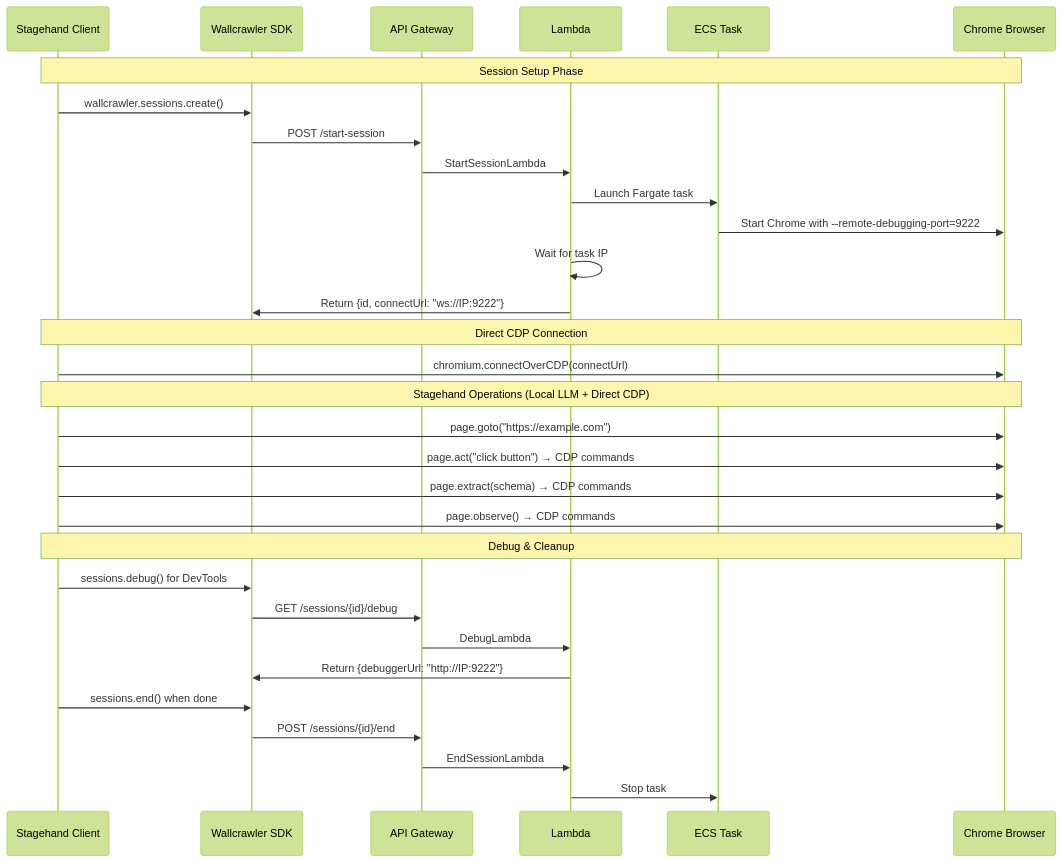
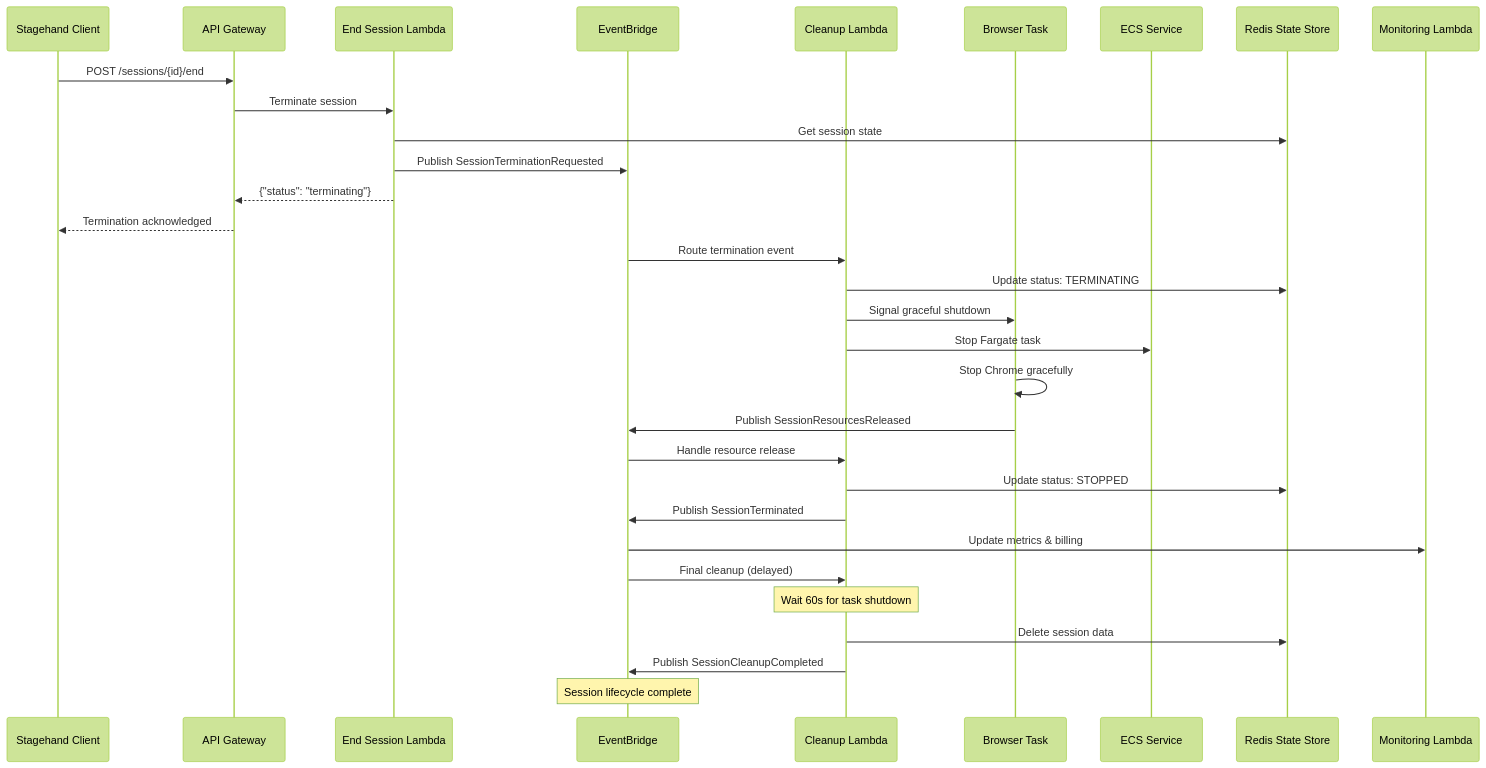
The fifth of 18 diagrams in docs/wallcrawler-design-doc.md (Volpestyle/wallcrawler), drawn with Mermaid (forest theme) before and after one commit. The commit also changed other lines of this file and 22 other files, not shown here.

````diff
--- a/docs/wallcrawler-design-doc.md
+++ b/docs/wallcrawler-design-doc.md
@@ -210,38 +307,40 @@
 ```mermaid
 sequenceDiagram
     participant Client as Stagehand Client
-    participant SDK as Wallcrawler SDK
     participant API as API Gateway
-    participant Lambda as Lambda
-    participant ECS as ECS Task
-    participant Chrome as Chrome Browser
+    participant EndLambda as End Session Lambda
+    participant EventBridge as EventBridge
+    participant CleanupLambda as Cleanup Lambda
+    participant Browser as Browser Task
+    participant ECS as ECS Service
+    participant Redis as Redis State Store
+    participant Monitor as Monitoring Lambda
 
-    Note over Client,Chrome: Session Setup Phase
-    Client->>SDK: wallcrawler.sessions.create()
-    SDK->>API: POST /start-session
-    API->>Lambda: StartSessionLambda
-    Lambda->>ECS: Launch Fargate task
-    ECS->>Chrome: Start Chrome with --remote-debugging-port=9222
-    Lambda->>Lambda: Wait for task IP
-    Lambda->>SDK: Return {id, connectUrl: "ws://IP:9222"}
+    Client->>API: POST /sessions/{id}/end
+    API->>EndLambda: Terminate session
+    EndLambda->>Redis: Get session state
+    EndLambda->>EventBridge: Publish SessionTerminationRequested
+    EndLambda-->>API: {"status": "terminating"}
+    API-->>Client: Termination acknowledged
 
-    Note over Client,Chrome: Direct CDP Connection
-    Client->>Chrome: chromium.connectOverCDP(connectUrl)
+    EventBridge->>CleanupLambda: Route termination event
+    CleanupLambda->>Redis: Update status: TERMINATING
+    CleanupLambda->>Browser: Signal graceful shutdown
+    CleanupLambda->>ECS: Stop Fargate task
 
-    Note over Client,Chrome: Stagehand Operations (Local LLM + Direct CDP)
-    Client->>Chrome: page.goto("https://example.com")
-    Client->>Chrome: page.act("click button") → CDP commands
-    Client->>Chrome: page.extract(schema) → CDP commands
-    Client->>Chrome: page.observe() → CDP commands
+    Browser->>Browser: Stop Chrome gracefully
+    Browser->>EventBridge: Publish SessionResourcesReleased
 
-    Note over Client,Chrome: Debug & Cleanup
-    Client->>SDK: sessions.debug() for DevTools
-    SDK->>API: GET /sessions/{id}/debug
-    API->>Lambda: DebugLambda
-    Lambda->>SDK: Return {debuggerUrl: "http://IP:9222"}
+    EventBridge->>CleanupLambda: Handle resource release
+    CleanupLambda->>Redis: Update status: STOPPED
+    CleanupLambda->>EventBridge: Publish SessionTerminated
 
-    Client->>SDK: sessions.end() when done
-    SDK->>API: POST /sessions/{id}/end
-    API->>Lambda: EndSessionLambda
-    Lambda->>ECS: Stop task
+    EventBridge->>Monitor: Update metrics & billing
+    EventBridge->>CleanupLambda: Final cleanup (delayed)
+
+    Note over CleanupLambda: Wait 60s for task shutdown
+    CleanupLambda->>Redis: Delete session data
+    CleanupLambda->>EventBridge: Publish SessionCleanupCompleted
+
+    Note over EventBridge: Session lifecycle complete
 ```
````
